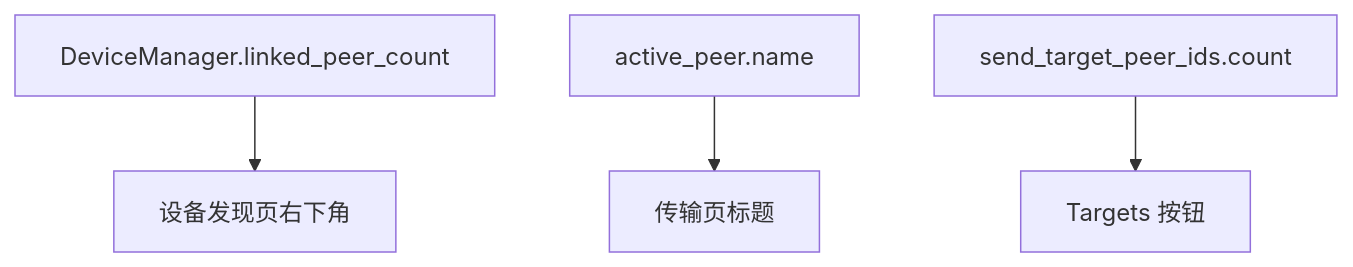
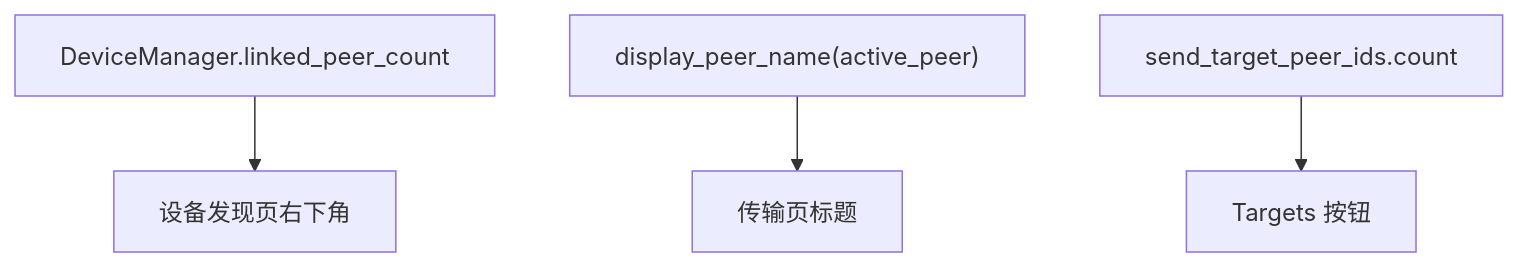
One commit to dengzhongyuan365-dev/filetransfer changed the seventh of 25 diagrams in docs/design-architecture.zh_CN.md. Above: the diagram before and after it, drawn with Mermaid. The commit also changed other lines of this file and 9 other files, not shown here.

````diff
--- a/docs/design-architecture.zh_CN.md
+++ b/docs/design-architecture.zh_CN.md
@@ -297,6 +306,6 @@
 ```mermaid
 graph TD
     A["DeviceManager.linked_peer_count"] --> B["设备发现页右下角"]
-    C["active_peer.name"] --> D["传输页标题"]
+    C["display_peer_name(active_peer)"] --> D["传输页标题"]
     E["send_target_peer_ids.count"] --> F["Targets 按钮"]
 ```
````
